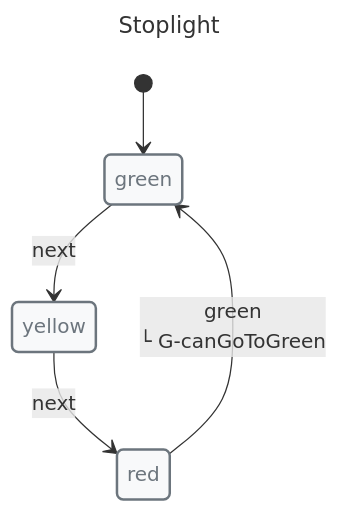
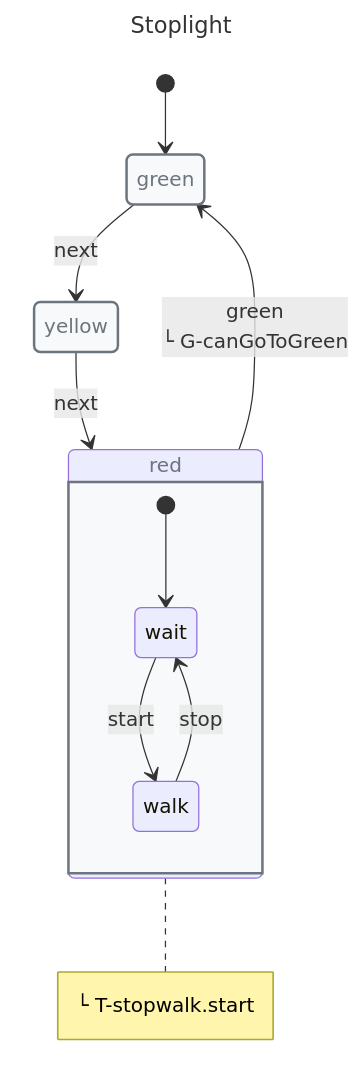
Before and after one commit to Masquerade-Circus/x-robot: the diagram in media/nested-stoplight.mmd, drawn with Mermaid. The commit also changed 53 other files, not shown here.

Commit message:
refactor(mermaid): make documentate mermaid handle the same amount of context that planuml

```diff
--- a/media/nested-stoplight.mmd
+++ b/media/nested-stoplight.mmd
@@ -1,26 +1,39 @@
 ---
 title: Stoplight
 ---
 
 stateDiagram-v2
 direction TB
 
 classDef danger fill:#f8d7da,stroke:#721c24,stroke-width:2px,text-align:left,color:#721c24
 classDef warning fill:#fff3cd,stroke:#856404,stroke-width:2px,text-align:left,color:#856404
 classDef success fill:#d4edda,stroke:#155724,stroke-width:2px,text-align:left,color:#155724
 classDef primary fill:#cce5ff,stroke:#004085,stroke-width:2px,text-align:left,color:#004085
 classDef info fill:#d1ecf1,stroke:#0c5460,stroke-width:2px,text-align:left,color:#0c5460
 classDef def fill:#f8f9fa,stroke:#6c757d,stroke-width:2px,text-align:left,color:#6c757d
 
 state "green" as green
 state "yellow" as yellow
 state "red" as red
 class green def
 class yellow def
 class red def
 
+state red {
+  state "wait" as RedStopwalkWait
+  state "walk" as RedStopwalkWalk
+
+
+  [*] --> RedStopwalkWait
+  RedStopwalkWait --> RedStopwalkWalk: start
+  RedStopwalkWalk --> RedStopwalkWait: stop
+}
+
+note right of red
+  └ T-stopwalk.start
+end note
 
 [*] --> green
 green --> yellow: next
 yellow --> red: next
 red --> green: green<br>└ G-canGoToGreen
```
